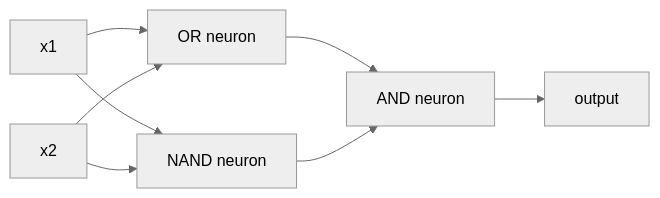
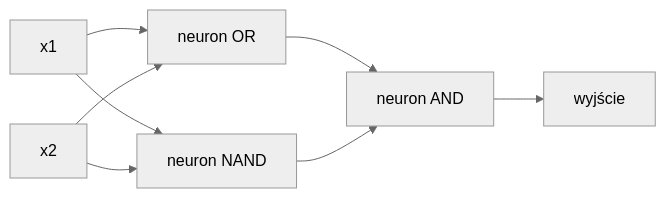
The second of 2 diagrams in phases/03-deep-learning-core/01-the-perceptron/docs/en.md (hublorx/ai-engineering-from-scratch), drawn with Mermaid (neutral theme) before and after one commit. The commit also changed other lines of this file and 12 other files, not shown here.

````diff
--- a/phases/03-deep-learning-core/01-the-perceptron/docs/en.md
+++ b/phases/03-deep-learning-core/01-the-perceptron/docs/en.md
@@ -214,10 +214,10 @@
 ```mermaid
 graph LR
-    x1["x1"] --> OR["OR neuron"]
-    x1 --> NAND["NAND neuron"]
+    x1["x1"] --> OR["neuron OR"]
+    x1 --> NAND["neuron NAND"]
     x2["x2"] --> OR
     x2 --> NAND
-    OR --> AND["AND neuron"]
+    OR --> AND["neuron AND"]
     NAND --> AND
-    AND --> out["output"]
+    AND --> out["wyjście"]
 ```
````
